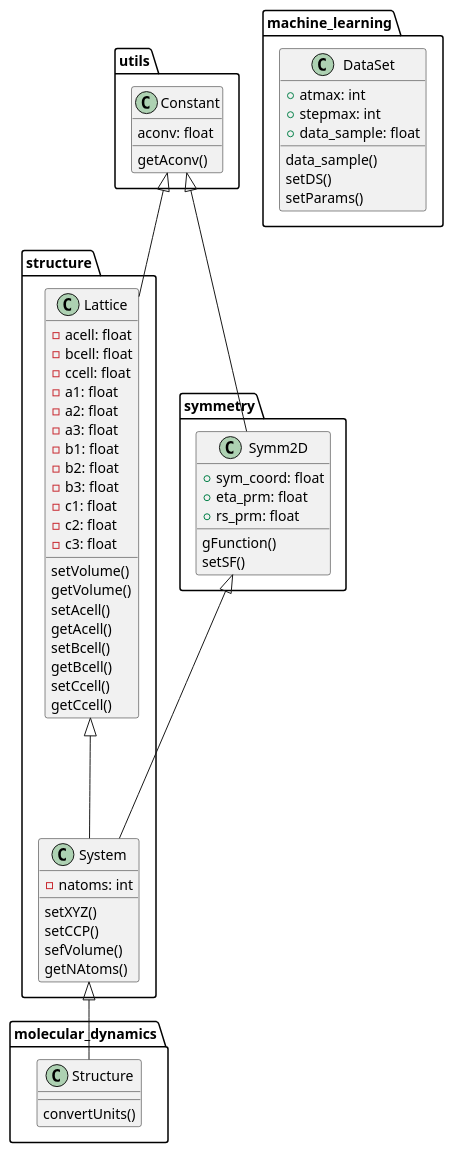
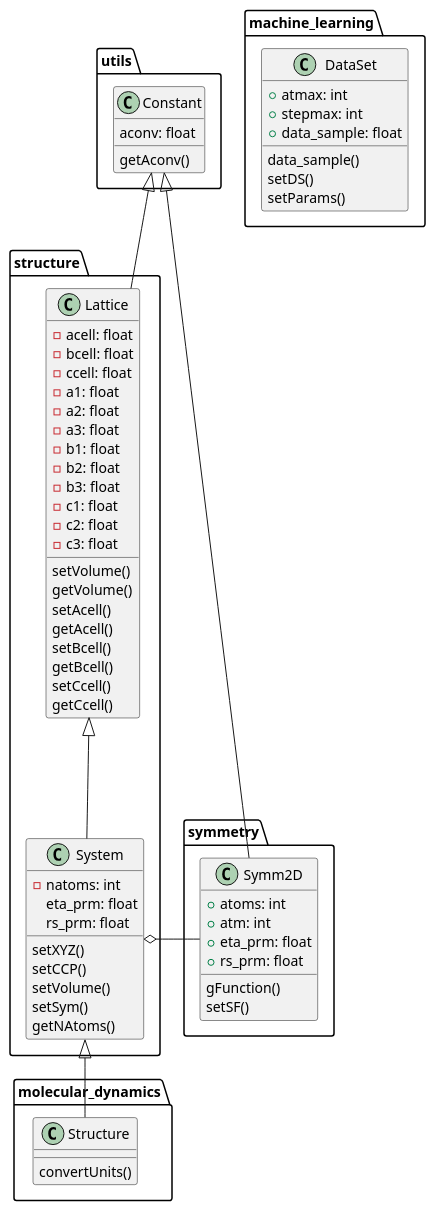
The diagram in docs/phase_diagram.puml (flavianowilliams/M3L), drawn with PlantUML before and after one commit. The commit also changed 2 other files, not shown here.

```diff
--- a/docs/phase_diagram.puml
+++ b/docs/phase_diagram.puml
@@ -1,68 +1,72 @@
 @startuml M3L
 package utils{
     class Constant{
         aconv: float
         getAconv()
     }
 }
 package structure{
     class Lattice{
         -acell: float
         -bcell: float
         -ccell: float
         -a1: float
         -a2: float
         -a3: float
         -b1: float
         -b2: float
         -b3: float
         -c1: float
         -c2: float
         -c3: float
         setVolume()
         getVolume()
         setAcell()
         getAcell()
         setBcell()
         getBcell()
         setCcell()
         getCcell()
     }
     class System{
         -natoms: int
+        eta_prm: float
+        rs_prm: float
         setXYZ()
         setCCP()
-        sefVolume()
+        setVolume()
+        setSym()
         getNAtoms()
     }
 }
 package symmetry{
     class Symm2D{
-        +sym_coord: float
+        +atoms: int
+        +atm: int
         +eta_prm: float
         +rs_prm: float
         gFunction()
         setSF()
     }
 }
 package machine_learning{
     class DataSet{
         +atmax: int
         +stepmax: int
         +data_sample: float
         data_sample()
         setDS()
         setParams()
     }
 }
 package molecular_dynamics{
     class Structure{
         convertUnits()    
     }
 }
 Constant <|-- Lattice
 Constant <|-- Symm2D
 System <|-- Structure
-Symm2D <|-- System
+System o-right- Symm2D
 Lattice <|--- System
 @enduml
```
